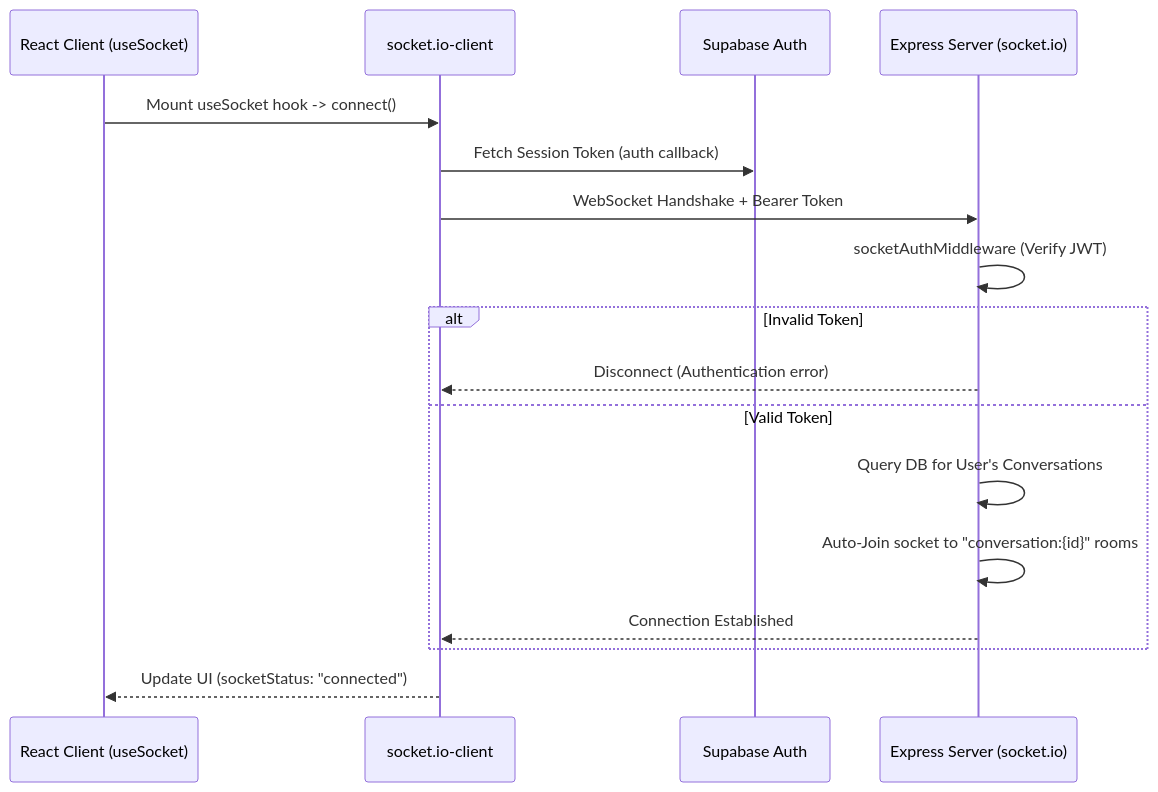
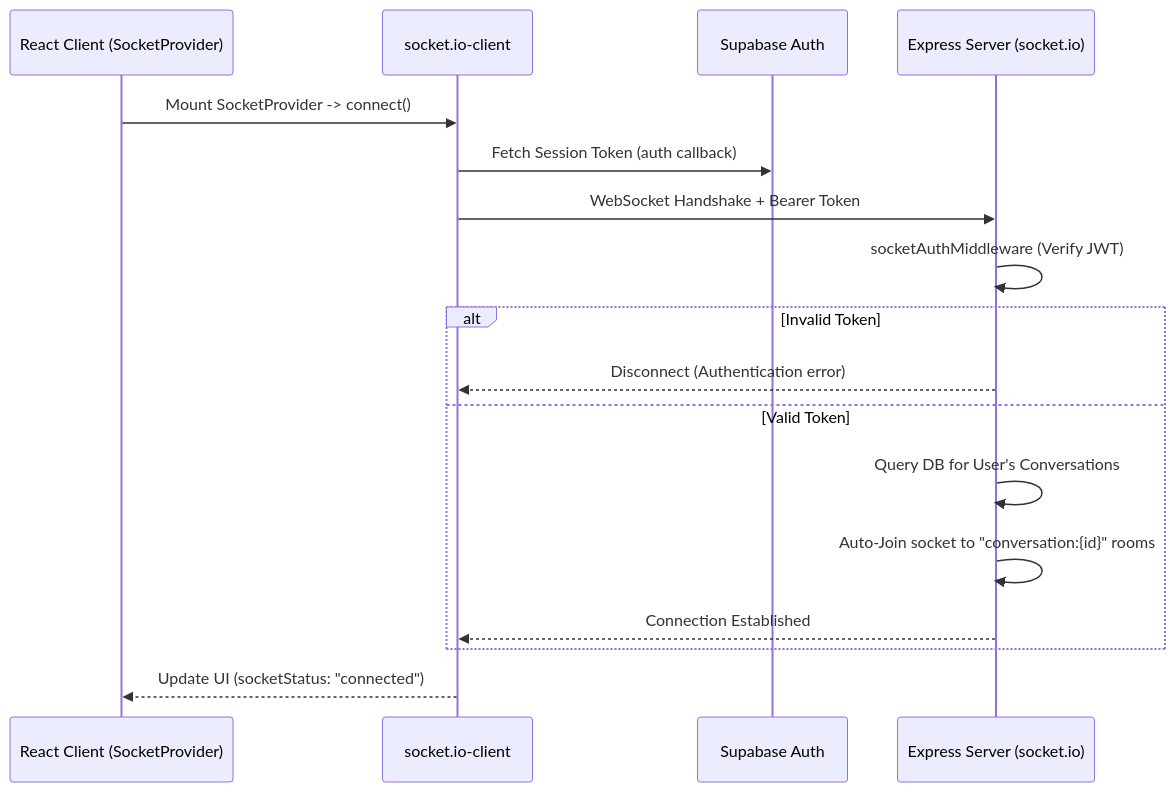
Before and after one commit to Kashyap-empiric/Nexus: the first of 2 diagrams in .docs/modules/socket.md, drawn with Mermaid. The commit also changed other lines of this file and 55 other files, not shown here.

Commit message:
feat(socket): socket connection now from client to server to fanout

````diff
--- a/.docs/modules/socket.md
+++ b/.docs/modules/socket.md
@@ -11,20 +11,20 @@
 ```mermaid
 sequenceDiagram
-    participant Client as React Client (useSocket)
+    participant Client as React Client (SocketProvider)
     participant SocketLib as socket.io-client
     participant Supabase as Supabase Auth
     participant Server as Express Server (socket.io)
 
-    Client->>SocketLib: Mount useSocket hook -> connect()
+    Client->>SocketLib: Mount SocketProvider -> connect()
     SocketLib->>Supabase: Fetch Session Token (auth callback)
     SocketLib->>Server: WebSocket Handshake + Bearer Token
     Server->>Server: socketAuthMiddleware (Verify JWT)
     alt Invalid Token
         Server-->>SocketLib: Disconnect (Authentication error)
     else Valid Token
         Server->>Server: Query DB for User's Conversations
         Server->>Server: Auto-Join socket to "conversation:{id}" rooms
         Server-->>SocketLib: Connection Established
     end
     SocketLib-->>Client: Update UI (socketStatus: "connected")
 ```
````
